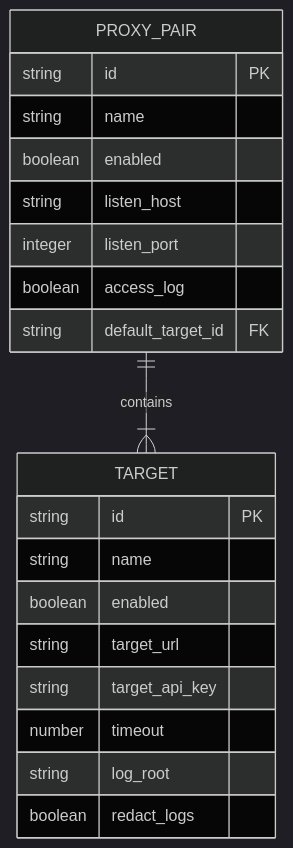
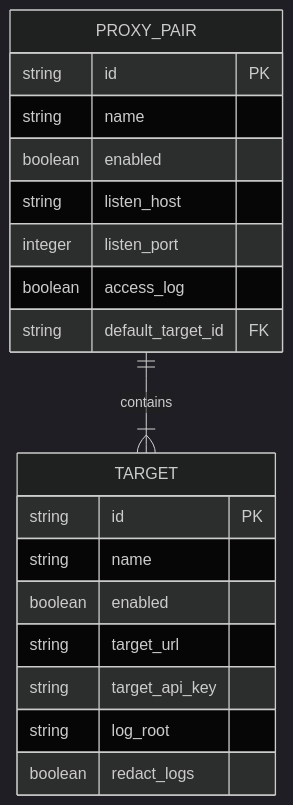
The fourth of 6 diagrams in docs/module-design.md (hongguifeng/local_ai_proxy), drawn with Mermaid (dark theme) before and after one commit. The commit also changed other lines of this file and 26 other files, not shown here.

````diff
--- a/docs/module-design.md
+++ b/docs/module-design.md
@@ -431,23 +431,22 @@
 ```mermaid
 erDiagram
   PROXY_PAIR ||--|{ TARGET : contains
   PROXY_PAIR {
     string id PK
     string name
     boolean enabled
     string listen_host
     integer listen_port
     boolean access_log
     string default_target_id FK
   }
   TARGET {
     string id PK
     string name
     boolean enabled
     string target_url
     string target_api_key
-    number timeout
     string log_root
     boolean redact_logs
   }
 ```
````
